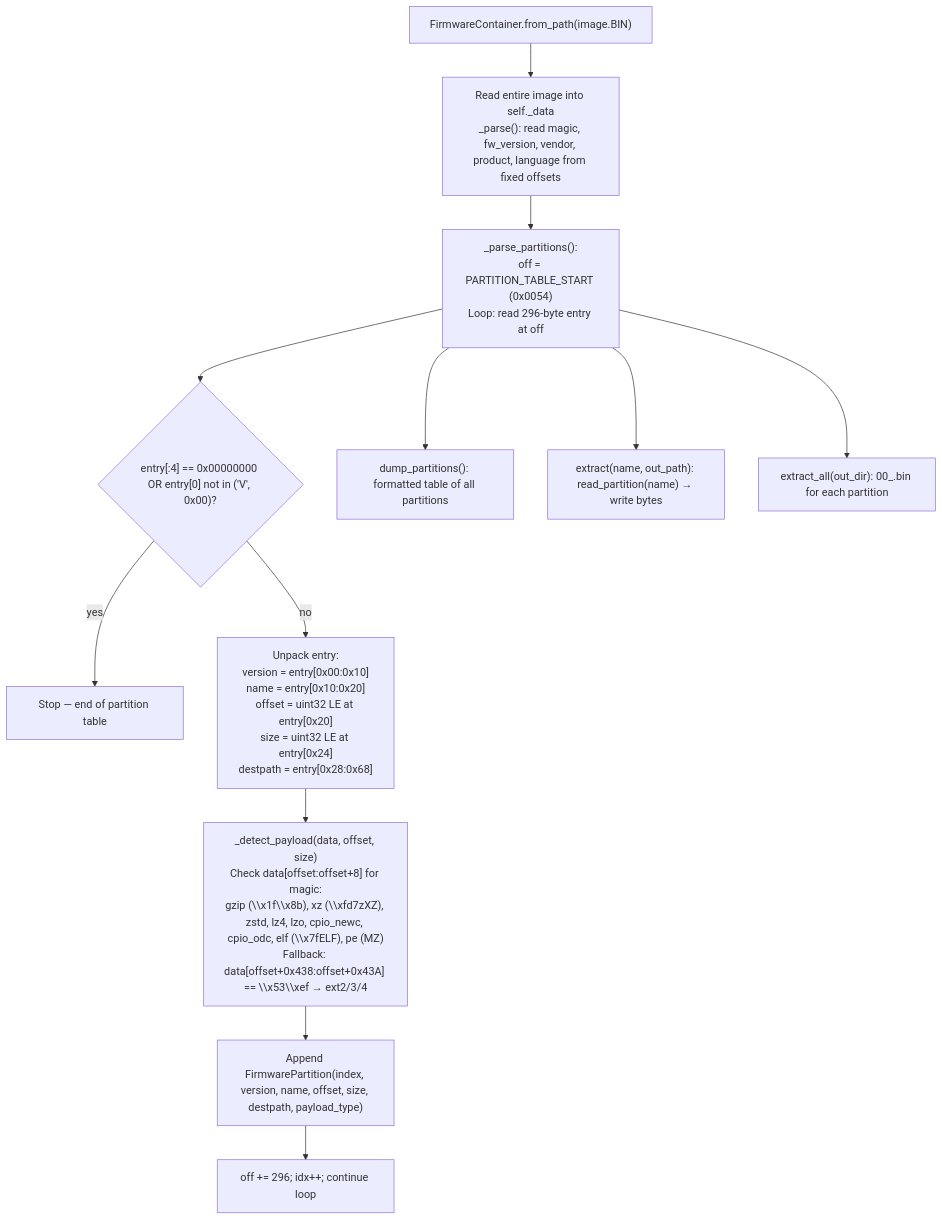
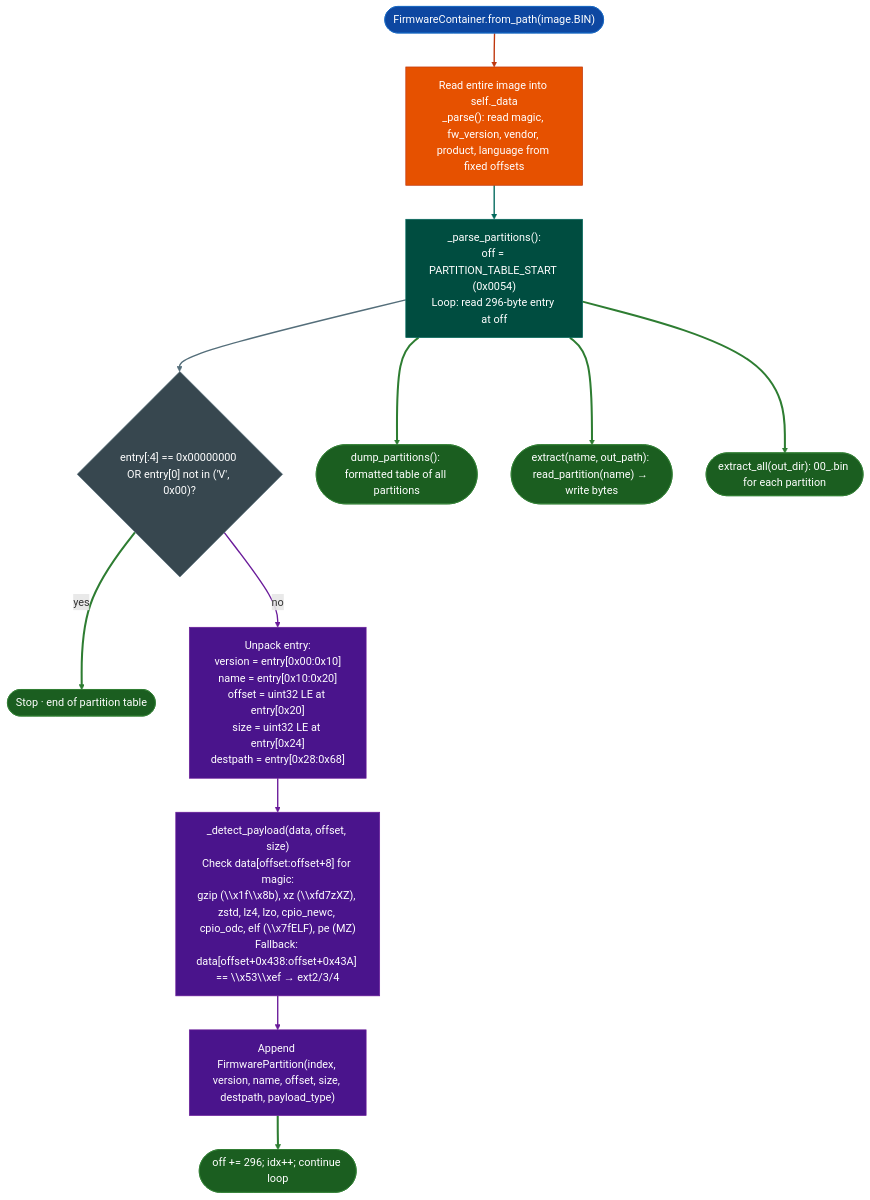
One commit to Ablation-Tool/ablation changed the diagram in docs/reference-modules/partition-table-extraction.md. Above: the diagram before and after it, drawn with Mermaid. The commit also changed 320 other files, not shown here.

First line of the commit message:
docs: apply canonical Mermaid template to all 321 diagrams

````diff
--- a/docs/reference-modules/partition-table-extraction.md
+++ b/docs/reference-modules/partition-table-extraction.md
@@ -19,14 +19,31 @@
 ```mermaid
 flowchart TD
-    A["FirmwareContainer.from_path(image.BIN)"] --> B["Read entire image into self._data\n_parse(): read magic, fw_version, vendor, product, language from fixed offsets"]
-    B --> C["_parse_partitions():\noff = PARTITION_TABLE_START (0x0054)\nLoop: read 296-byte entry at off"]
-    C --> D{"entry[:4] == 0x00000000 OR entry[0] not in ('V', 0x00)?"}
-    D -->|yes| E["Stop — end of partition table"]
-    D -->|no| F["Unpack entry:\nversion = entry[0x00:0x10]\nname = entry[0x10:0x20]\noffset = uint32 LE at entry[0x20]\nsize = uint32 LE at entry[0x24]\ndestpath = entry[0x28:0x68]"]
-    F --> G["_detect_payload(data, offset, size)\nCheck data[offset:offset+8] for magic:\ngzip (\\x1f\\x8b), xz (\\xfd7zXZ), zstd, lz4, lzo, cpio_newc, cpio_odc, elf (\\x7fELF), pe (MZ)\nFallback: data[offset+0x438:offset+0x43A] == \\x53\\xef → ext2/3/4"]
-    G --> H["Append FirmwarePartition(index, version, name, offset, size, destpath, payload_type)"]
-    H --> I["off += 296; idx++; continue loop"]
-    C --> J["dump_partitions(): formatted table of all partitions"]
-    C --> K["extract(name, out_path): read_partition(name) → write bytes"]
-    C --> L["extract_all(out_dir): 00_<name>.bin for each partition"]
+    A(["FirmwareContainer.from_path(image.BIN)"]):::input --> B["Read entire image into self._data\n_parse(): read magic, fw_version, vendor, product, language from fixed offsets"]:::primary
+    B:::primary --> C["_parse_partitions():\noff = PARTITION_TABLE_START (0x0054)\nLoop: read 296-byte entry at off"]:::secondary
+    C:::secondary --> D{"entry[:4] == 0x00000000 OR entry[0] not in ('V', 0x00)?"}:::neutral
+    D:::neutral -->|yes| E(["Stop · end of partition table"]):::output
+    D:::neutral -->|no| F["Unpack entry:\nversion = entry[0x00:0x10]\nname = entry[0x10:0x20]\noffset = uint32 LE at entry[0x20]\nsize = uint32 LE at entry[0x24]\ndestpath = entry[0x28:0x68]"]:::tertiary
+    F:::tertiary --> G["_detect_payload(data, offset, size)\nCheck data[offset:offset+8] for magic:\ngzip (\\x1f\\x8b), xz (\\xfd7zXZ), zstd, lz4, lzo, cpio_newc, cpio_odc, elf (\\x7fELF), pe (MZ)\nFallback: data[offset+0x438:offset+0x43A] == \\x53\\xef → ext2/3/4"]:::tertiary
+    G:::tertiary --> H["Append FirmwarePartition(index, version, name, offset, size, destpath, payload_type)"]:::tertiary
+    H:::tertiary --> I(["off += 296; idx++; continue loop"]):::output
+    C:::secondary --> J(["dump_partitions(): formatted table of all partitions"]):::output
+    C:::secondary --> K(["extract(name, out_path): read_partition(name) → write bytes"]):::output
+    C:::secondary --> L(["extract_all(out_dir): 00_<name>.bin for each partition"]):::output
+    classDef input     fill:#0d47a1,stroke:#1565c0,color:#fff
+    classDef primary   fill:#e65100,stroke:#bf360c,color:#fff
+    classDef secondary fill:#004d40,stroke:#00695c,color:#fff
+    classDef tertiary  fill:#4a148c,stroke:#6a1b9a,color:#fff
+    classDef neutral   fill:#37474f,stroke:#546e7a,color:#fff
+    classDef output    fill:#1b5e20,stroke:#2e7d32,color:#fff
+    linkStyle 0 stroke:#bf360c,stroke-width:2px
+    linkStyle 1 stroke:#00695c,stroke-width:2px
+    linkStyle 2 stroke:#546e7a,stroke-width:2px
+    linkStyle 3 stroke:#2e7d32,stroke-width:3px
+    linkStyle 4 stroke:#6a1b9a,stroke-width:2px
+    linkStyle 5 stroke:#6a1b9a,stroke-width:2px
+    linkStyle 6 stroke:#6a1b9a,stroke-width:2px
+    linkStyle 7 stroke:#2e7d32,stroke-width:3px
+    linkStyle 8 stroke:#2e7d32,stroke-width:3px
+    linkStyle 9 stroke:#2e7d32,stroke-width:3px
+    linkStyle 10 stroke:#2e7d32,stroke-width:3px
 ```
````
